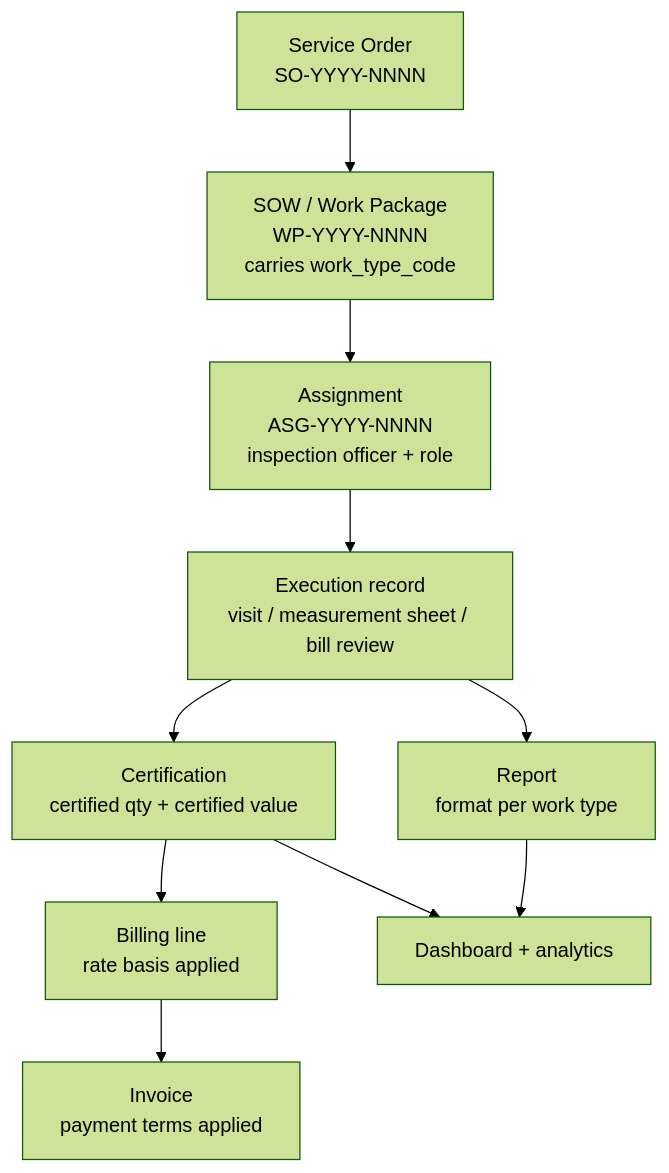
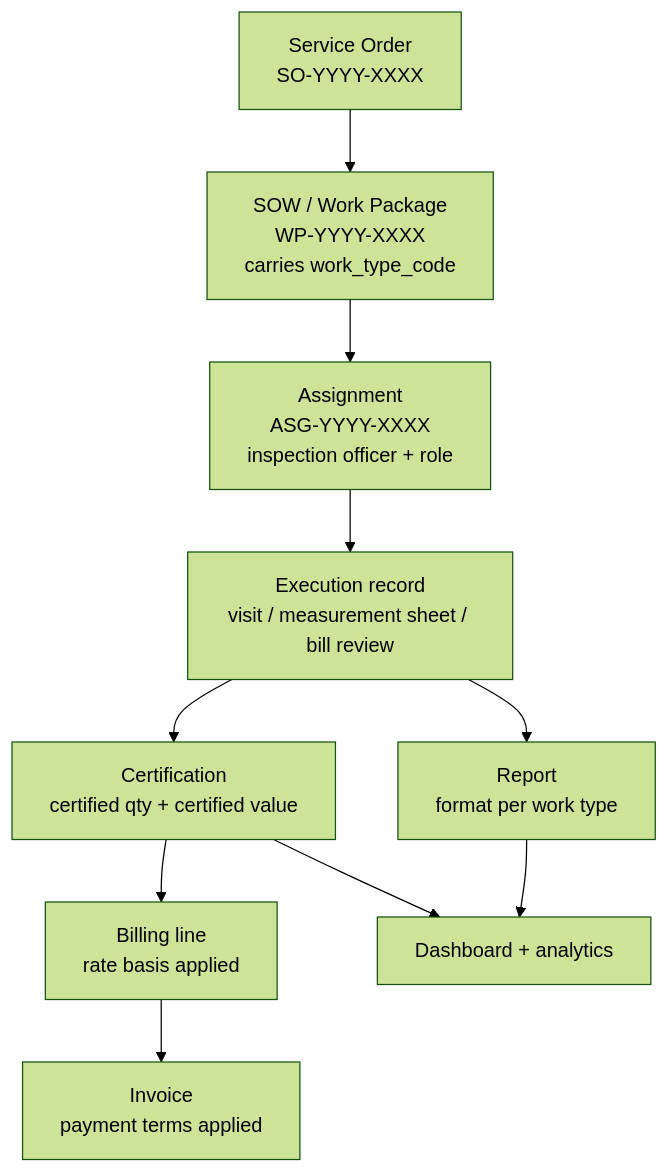
The second of 2 diagrams in SOW_EXECUTION_ARCHITECTURE.md (kktejas07/iqe), drawn with Mermaid (forest theme) before and after one commit. The commit also changed other lines of this file and 2 other files, not shown here.

First line of the commit message:
docs: bring master architecture up to date with the companion specs

````diff
--- a/SOW_EXECUTION_ARCHITECTURE.md
+++ b/SOW_EXECUTION_ARCHITECTURE.md
@@ -128,12 +128,12 @@
 ```mermaid
 flowchart TD
-    SO[Service Order<br/>SO-YYYY-NNNN] --> SOW[SOW / Work Package<br/>WP-YYYY-NNNN<br/>carries work_type_code]
-    SOW --> ASG[Assignment<br/>ASG-YYYY-NNNN<br/>inspection officer + role]
+    SO[Service Order<br/>SO-YYYY-XXXX] --> SOW[SOW / Work Package<br/>WP-YYYY-XXXX<br/>carries work_type_code]
+    SOW --> ASG[Assignment<br/>ASG-YYYY-XXXX<br/>inspection officer + role]
     ASG --> EXE[Execution record<br/>visit / measurement sheet / bill review]
     EXE --> CERT[Certification<br/>certified qty + certified value]
     CERT --> BILL[Billing line<br/>rate basis applied]
     BILL --> INV[Invoice<br/>payment terms applied]
     EXE --> RPT[Report<br/>format per work type]
     CERT --> DASH[Dashboard + analytics]
     RPT --> DASH
 ```
````
